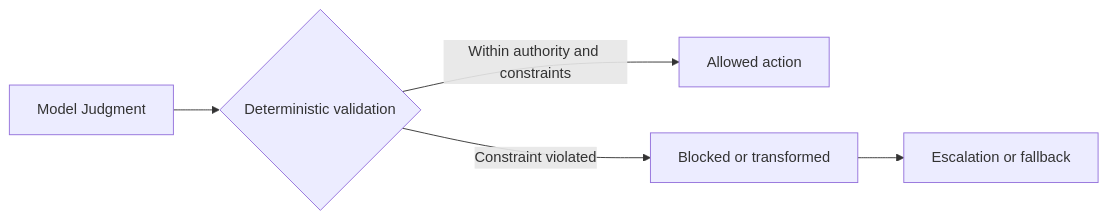
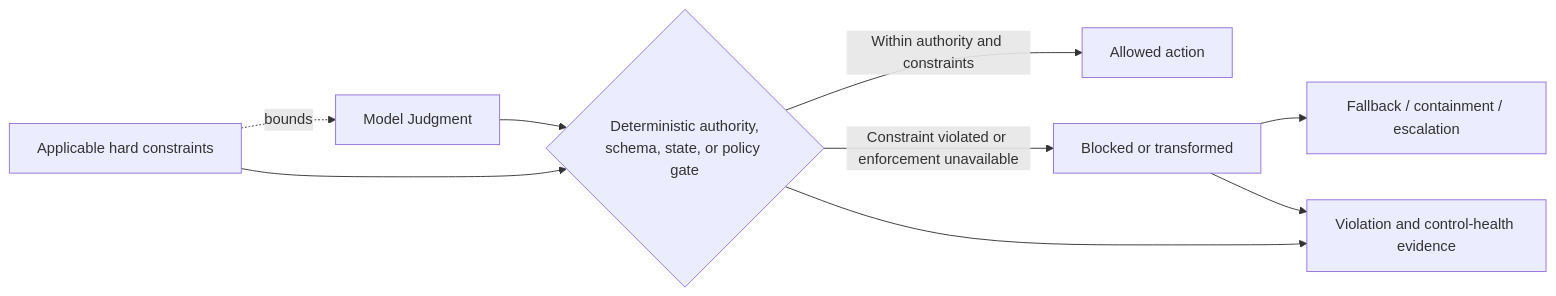
The second of 2 diagrams in 01-patterns/judgment-node-boundary.md (UncertaintyArchitectureGroup/uncertainty-architecture), drawn with Mermaid before and after one commit. The commit also changed other lines of this file, not shown here.

Commit message:
docs: add constraint realization to Judgment Node Boundary

````diff
--- a/01-patterns/judgment-node-boundary.md
+++ b/01-patterns/judgment-node-boundary.md
@@ -191,13 +221,19 @@
 ```mermaid
 flowchart LR
+    K[Applicable hard constraints]
     J[Model Judgment]
-    V{Deterministic validation}
+    V{Deterministic authority,<br/>schema, state, or policy gate}
     A[Allowed action]
     B[Blocked or transformed]
-    E[Escalation or fallback]
+    E[Fallback / containment / escalation]
+    S[Violation and control-health evidence]
 
+    K -. bounds .-> J
     J --> V
+    K --> V
     V -->|Within authority and constraints| A
-    V -->|Constraint violated| B
+    V -->|Constraint violated or enforcement unavailable| B
     B --> E
+    V --> S
+    B --> S
 ```
````
